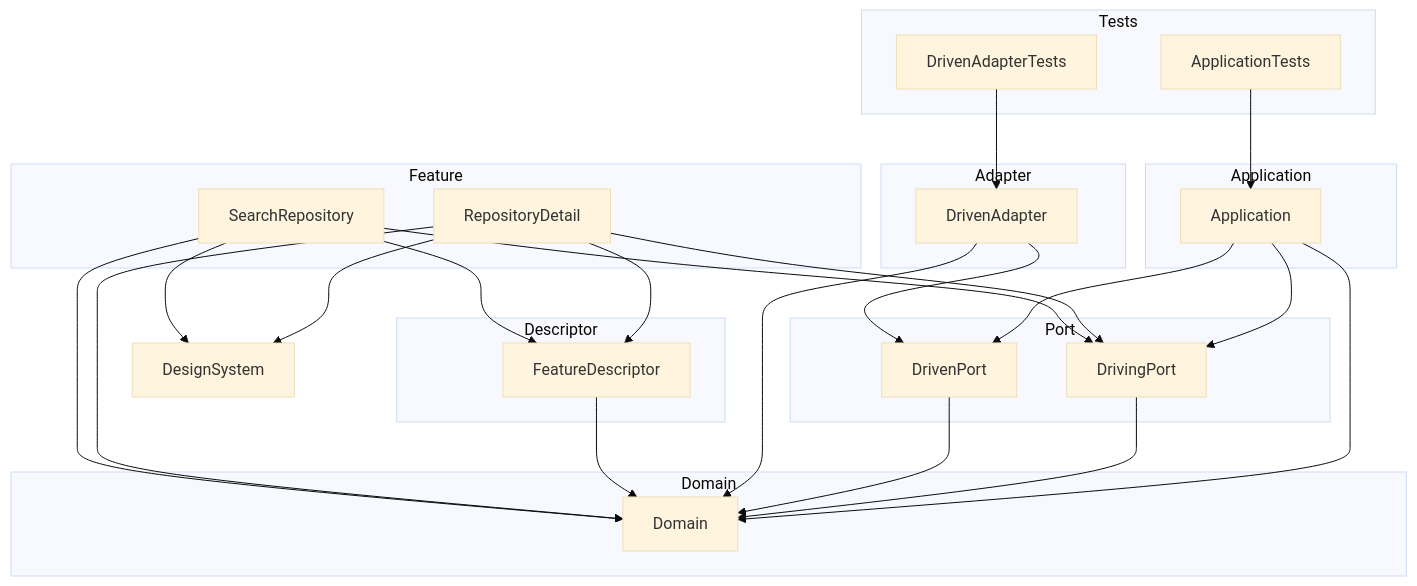
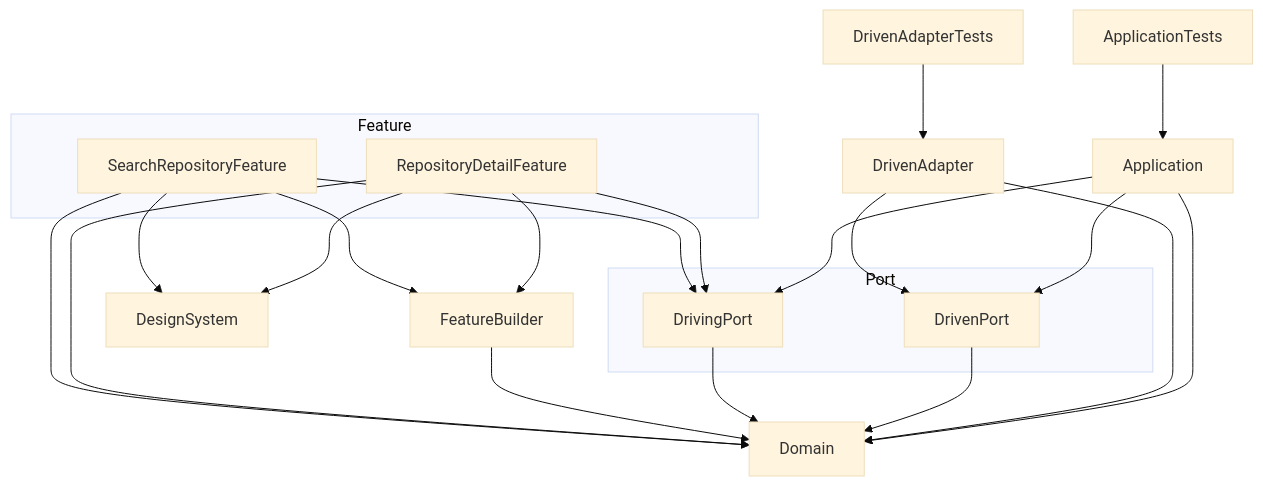
The diagram in CLAUDE.md (shumpei-nagata/Sandbox-MultiModule), drawn with Mermaid (base theme) before and after one commit. The commit also changed other lines of this file and 1 other file, not shown here.

Commit message:
パッケージ構成の説明内容を更新

````diff
--- a/CLAUDE.md
+++ b/CLAUDE.md
@@ -90,46 +92,30 @@
 ```mermaid
 graph TD
-  subgraph Domain
-    DomainModel[Domain]
-  end
-  subgraph Application
-    App[Application]
-  end
   subgraph Port
+    DrivenPort
     DrivingPort
-    DrivenPort
-  end
-  subgraph Adapter
-    DrivenAdapter[DrivenAdapter]
-  end
-  subgraph Descriptor
-    FeatureDescriptor
   end
   subgraph Feature
-    RepositoryDetail
-    SearchRepository
-  end
-  subgraph Tests
-    ApplicationTests
-    DrivenAdapterTests
+    RepositoryDetailFeature
+    SearchRepositoryFeature
   end
 
-  App --> DrivingPort
-  App --> DrivenPort
-  App --> DomainModel
-  DrivingPort --> DomainModel
-  DrivenPort --> DomainModel
+  Application --> Domain
+  Application --> DrivenPort
+  Application --> DrivingPort
+  ApplicationTests --> Application
+  DrivenAdapter --> Domain
   DrivenAdapter --> DrivenPort
-  DrivenAdapter --> DomainModel
-  FeatureDescriptor --> DomainModel
-  RepositoryDetail --> DesignSystem
-  RepositoryDetail --> DrivingPort
-  RepositoryDetail --> FeatureDescriptor
-  RepositoryDetail --> DomainModel
-  SearchRepository --> DesignSystem
-  SearchRepository --> DrivingPort
-  SearchRepository --> FeatureDescriptor
-  SearchRepository --> DomainModel
-  ApplicationTests --> App
   DrivenAdapterTests --> DrivenAdapter
+  DrivenPort --> Domain
+  DrivingPort --> Domain
+  FeatureBuilder --> Domain
+  RepositoryDetailFeature --> DesignSystem
+  RepositoryDetailFeature --> Domain
+  RepositoryDetailFeature --> DrivingPort
+  RepositoryDetailFeature --> FeatureBuilder
+  SearchRepositoryFeature --> DesignSystem
+  SearchRepositoryFeature --> Domain
+  SearchRepositoryFeature --> DrivingPort
+  SearchRepositoryFeature --> FeatureBuilder
 ```
````
